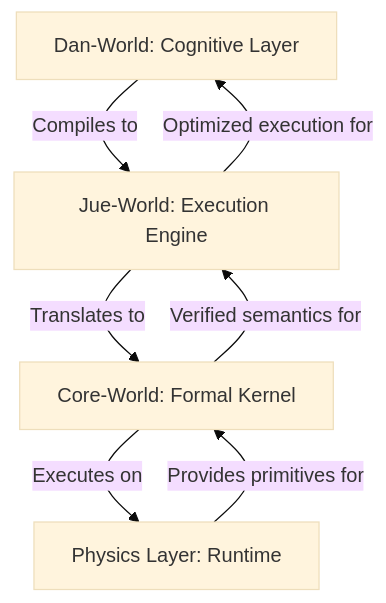
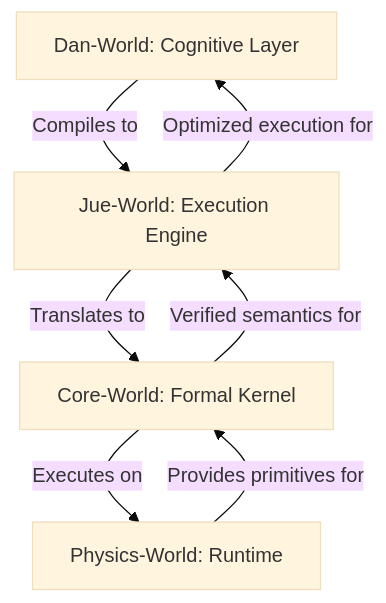
Before and after one commit to project-jue/jue: the diagram in .kilocode/rules/memory-bank/product.md, drawn with Mermaid (base theme). The commit also changed other lines of this file and 145 other files, not shown here.

````diff
--- a/.kilocode/rules/memory-bank/product.md
+++ b/.kilocode/rules/memory-bank/product.md
@@ -29,9 +29,9 @@
 ```mermaid
 graph TD
     A[Dan-World: Cognitive Layer] -->|Compiles to| B[Jue-World: Execution Engine]
     B -->|Translates to| C[Core-World: Formal Kernel]
-    C -->|Executes on| D[Physics Layer: Runtime]
+    C -->|Executes on| D[Physics-World: Runtime]
     D -->|Provides primitives for| C
     C -->|Verified semantics for| B
     B -->|Optimized execution for| A
 ```
````
